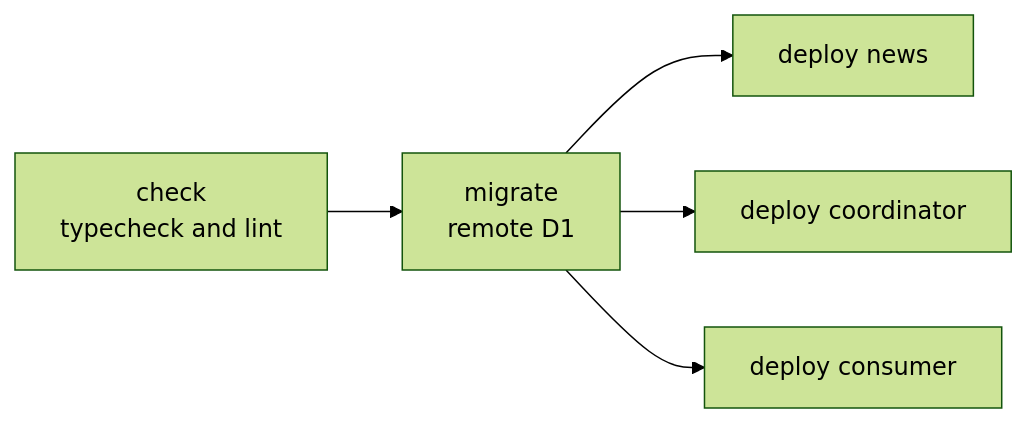
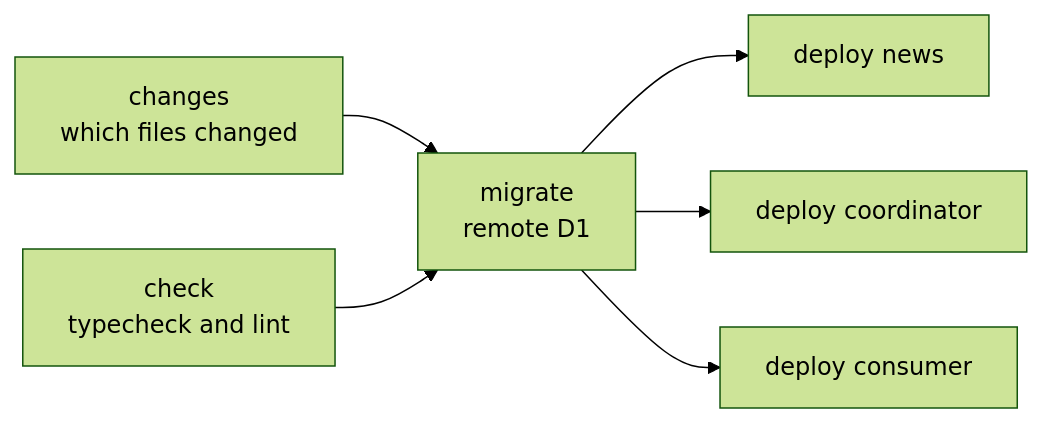
The diagram in docs/deployment.md (caefisica/news), drawn with Mermaid (forest theme) before and after one commit. The commit also changed other lines of this file, not shown here.

Commit message:
docs: document which files select a deploy

````diff
--- a/docs/deployment.md
+++ b/docs/deployment.md
@@ -7,7 +7,8 @@
 ```mermaid
 flowchart LR
+    X[changes<br/>which files changed] --> B
     A[check<br/>typecheck and lint] --> B[migrate<br/>remote D1]
     B --> C[deploy news]
     B --> D[deploy coordinator]
     B --> E[deploy consumer]
 ```
````
